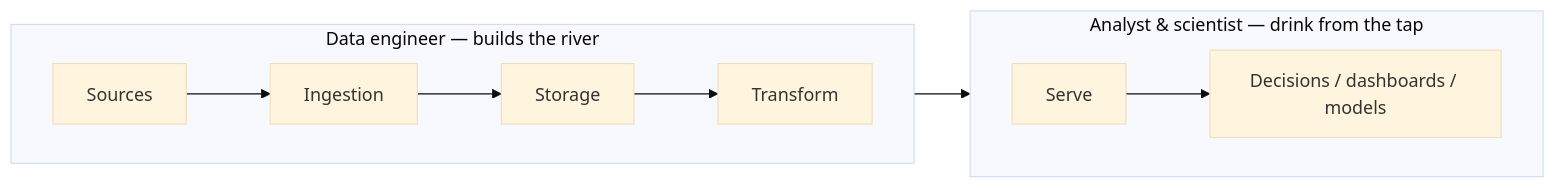
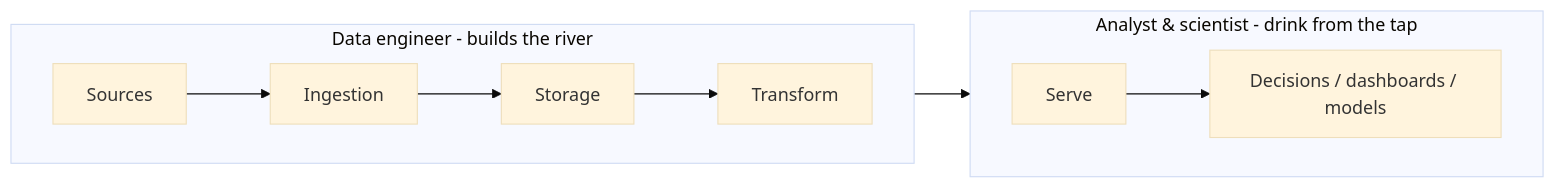
The second of 2 diagrams in guides/data-analytics/what-is-data-engineering/02-the-pieces-of-the-pipeline.md (Topurrra/themissingmanual), drawn with Mermaid (base theme) before and after one commit. The commit also changed other lines of this file and 1009 other files, not shown here.

````diff
--- a/guides/data-analytics/what-is-data-engineering/02-the-pieces-of-the-pipeline.md
+++ b/guides/data-analytics/what-is-data-engineering/02-the-pieces-of-the-pipeline.md
@@ -151,12 +151,12 @@
 ```mermaid
 flowchart LR
-  subgraph DE [Data engineer — builds the river]
+  subgraph DE [Data engineer - builds the river]
     direction LR
     S[Sources] --> I[Ingestion] --> St[Storage] --> T[Transform]
   end
   T --> Sv[Serve]
-  subgraph TAP [Analyst & scientist — drink from the tap]
+  subgraph TAP [Analyst & scientist - drink from the tap]
     direction LR
     Sv --> D[Decisions / dashboards / models]
   end
 ```
````
